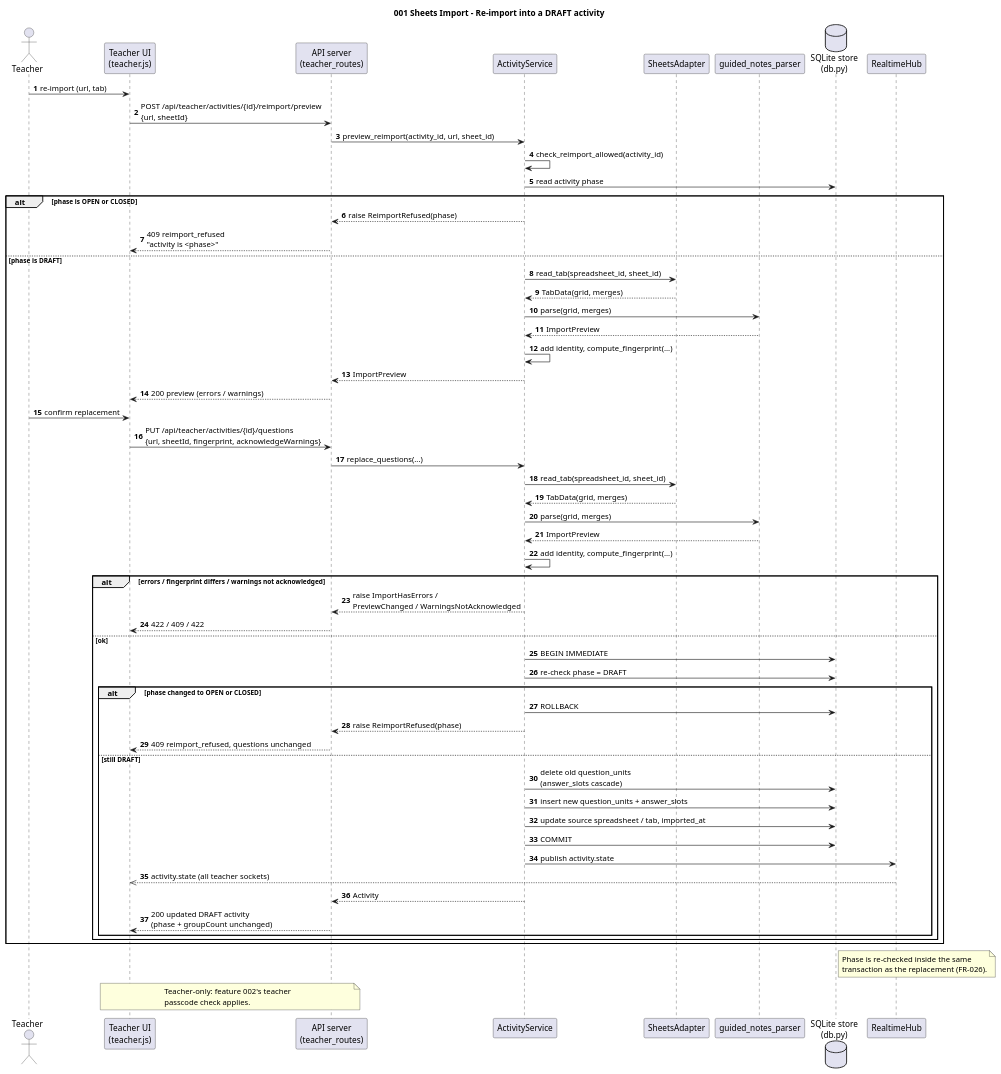
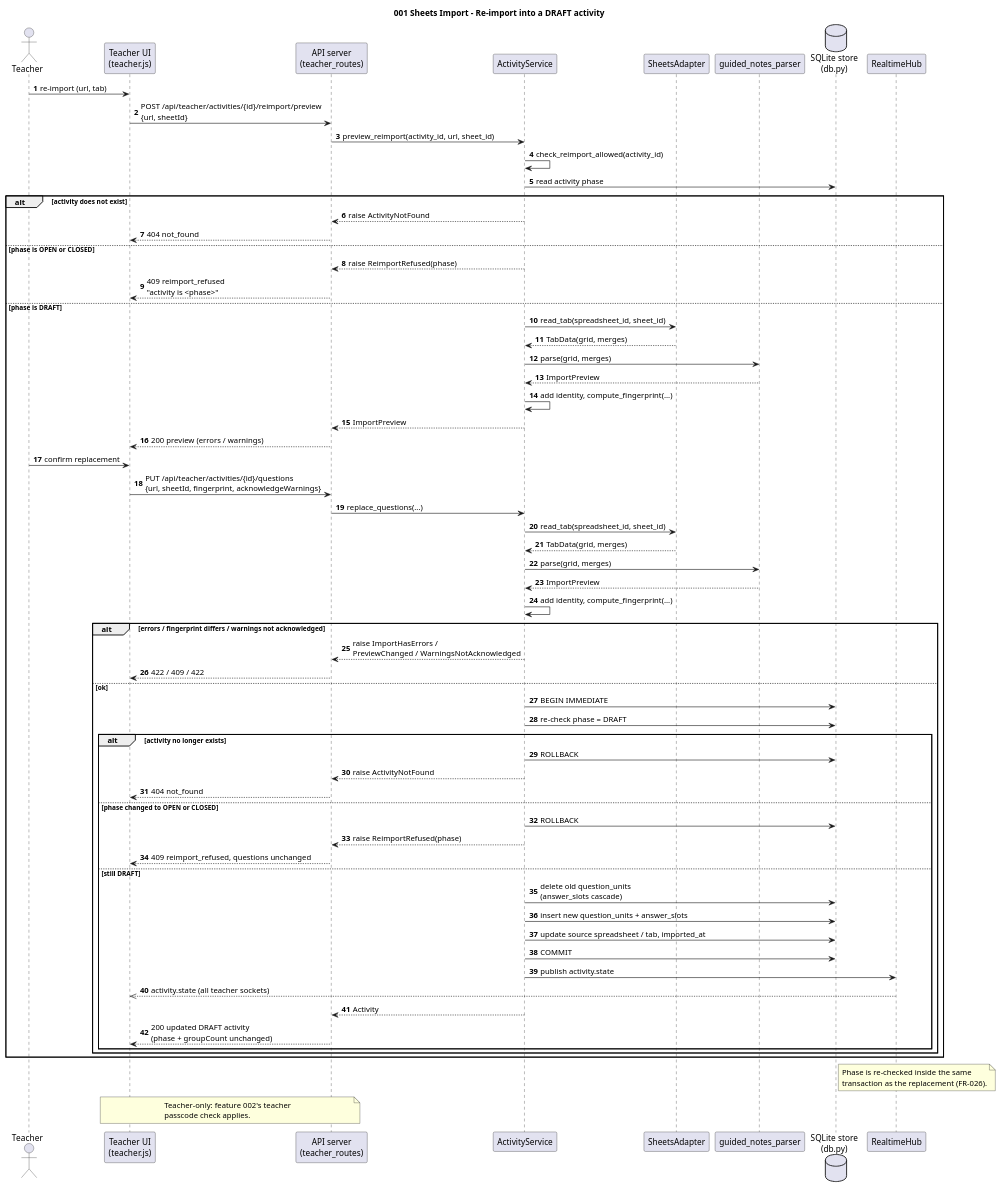
One commit to WasabiSaikou/quiz-buzzer changed the diagram in diagrams/001-seq-reimport.puml. Above: the diagram before and after it, drawn with PlantUML. The commit also changed 11 other files, not shown here.

First line of the commit message:
chore(001): Phase 6 polish - log hygiene, perf, verification records, diagram check

```diff
--- a/diagrams/001-seq-reimport.puml
+++ b/diagrams/001-seq-reimport.puml
@@ -1,73 +1,80 @@
 @startuml 001-seq-reimport
 title 001 Sheets Import - Re-import into a DRAFT activity
 
 skinparam shadowing false
 skinparam defaultFontName "Microsoft JhengHei"
 autonumber
 
 actor Teacher
 participant "Teacher UI\n(teacher.js)" as TUI
 participant "API server\n(teacher_routes)" as API
 participant "ActivityService" as ACT
 participant "SheetsAdapter" as SA
 participant "guided_notes_parser" as PARSER
 database "SQLite store\n(db.py)" as DB
 participant "RealtimeHub" as RT
 
 Teacher -> TUI : re-import (url, tab)
 TUI -> API : POST /api/teacher/activities/{id}/reimport/preview\n{url, sheetId}
 API -> ACT : preview_reimport(activity_id, url, sheet_id)
 ACT -> ACT : check_reimport_allowed(activity_id)
 ACT -> DB : read activity phase
-alt phase is OPEN or CLOSED
+alt activity does not exist
+  ACT --> API : raise ActivityNotFound
+  API --> TUI : 404 not_found
+else phase is OPEN or CLOSED
   ACT --> API : raise ReimportRefused(phase)
   API --> TUI : 409 reimport_refused\n"activity is <phase>"
 else phase is DRAFT
   ACT -> SA : read_tab(spreadsheet_id, sheet_id)
   SA --> ACT : TabData(grid, merges)
   ACT -> PARSER : parse(grid, merges)
   PARSER --> ACT : ImportPreview
   ACT -> ACT : add identity, compute_fingerprint(...)
   ACT --> API : ImportPreview
   API --> TUI : 200 preview (errors / warnings)
   Teacher -> TUI : confirm replacement
   TUI -> API : PUT /api/teacher/activities/{id}/questions\n{url, sheetId, fingerprint, acknowledgeWarnings}
   API -> ACT : replace_questions(...)
   ACT -> SA : read_tab(spreadsheet_id, sheet_id)
   SA --> ACT : TabData(grid, merges)
   ACT -> PARSER : parse(grid, merges)
   PARSER --> ACT : ImportPreview
   ACT -> ACT : add identity, compute_fingerprint(...)
   alt errors / fingerprint differs / warnings not acknowledged
     ACT --> API : raise ImportHasErrors /\nPreviewChanged / WarningsNotAcknowledged
     API --> TUI : 422 / 409 / 422
   else ok
     ACT -> DB : BEGIN IMMEDIATE
     ACT -> DB : re-check phase = DRAFT
-    alt phase changed to OPEN or CLOSED
+    alt activity no longer exists
+      ACT -> DB : ROLLBACK
+      ACT --> API : raise ActivityNotFound
+      API --> TUI : 404 not_found
+    else phase changed to OPEN or CLOSED
       ACT -> DB : ROLLBACK
       ACT --> API : raise ReimportRefused(phase)
       API --> TUI : 409 reimport_refused, questions unchanged
     else still DRAFT
       ACT -> DB : delete old question_units\n(answer_slots cascade)
       ACT -> DB : insert new question_units + answer_slots
       ACT -> DB : update source spreadsheet / tab, imported_at
       ACT -> DB : COMMIT
       ACT -> RT : publish activity.state
       RT -->> TUI : activity.state (all teacher sockets)
       ACT --> API : Activity
       API --> TUI : 200 updated DRAFT activity\n(phase + groupCount unchanged)
     end
   end
 end
 
 note right of DB
   Phase is re-checked inside the same
   transaction as the replacement (FR-026).
 end note
 
 note over TUI, API
   Teacher-only: feature 002's teacher
   passcode check applies.
 end note
 @enduml
```
